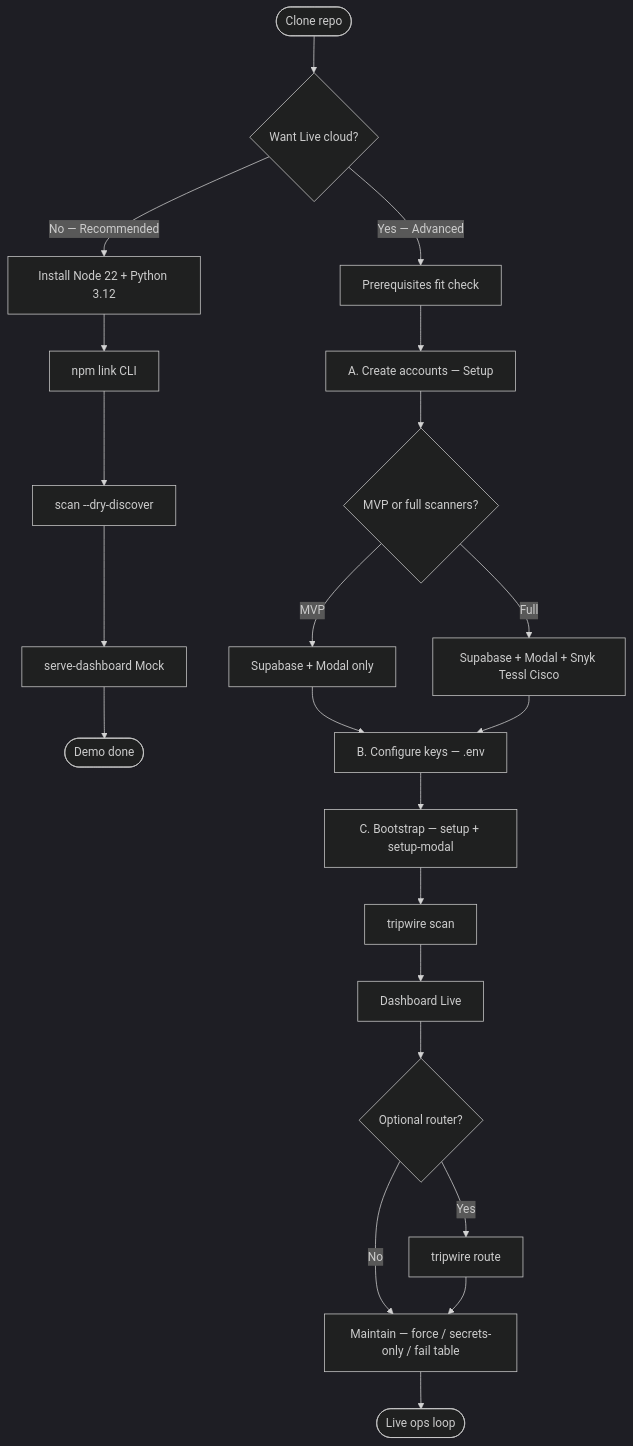
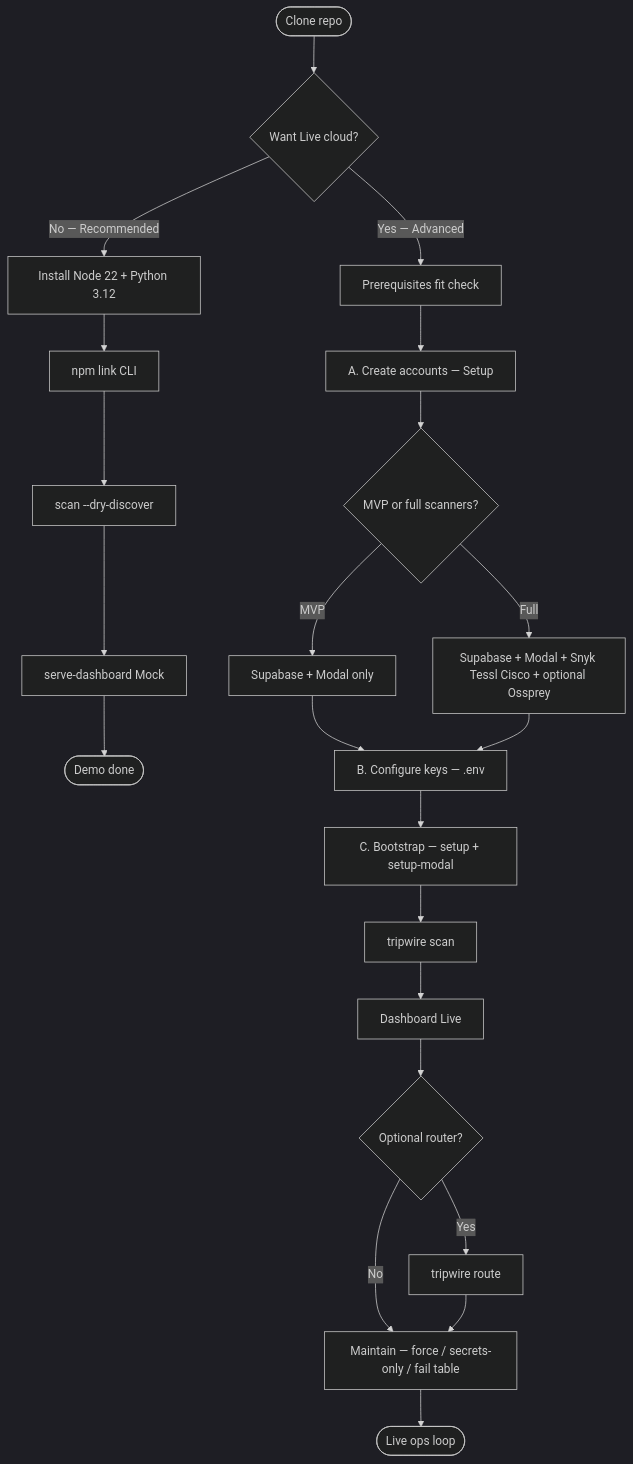
One commit to neomatrix369/tripwire changed the first of 6 diagrams in docs/ARCHITECTURE.md. Above: the diagram before and after it, drawn with Mermaid (dark theme). The commit also changed other lines of this file and 10 other files, not shown here.

````diff
--- a/docs/ARCHITECTURE.md
+++ b/docs/ARCHITECTURE.md
@@ -46,25 +49,25 @@
 ```mermaid
 flowchart TD
   start([Clone repo]) --> demo{Want Live cloud?}
   demo -->|No — Recommended| tools[Install Node 22 + Python 3.12]
   tools --> link[npm link CLI]
   link --> dry[scan --dry-discover]
   dry --> mock[serve-dashboard Mock]
   mock --> doneDemo([Demo done])
 
   demo -->|Yes — Advanced| fit[Prerequisites fit check]
   fit --> setupA[A. Create accounts — Setup]
   setupA --> mvp{MVP or full scanners?}
   mvp -->|MVP| acct2[Supabase + Modal only]
-  mvp -->|Full| acct5[Supabase + Modal + Snyk Tessl Cisco]
+  mvp -->|Full| acct5[Supabase + Modal + Snyk Tessl Cisco + optional Ossprey]
   acct2 --> keys[B. Configure keys — .env]
   acct5 --> keys
   keys --> boot[C. Bootstrap — setup + setup-modal]
   boot --> scan[tripwire scan]
   scan --> dash[Dashboard Live]
   dash --> opt{Optional router?}
   opt -->|Yes| route[tripwire route]
   opt -->|No| maintain
   route --> maintain[Maintain — force / secrets-only / fail table]
   maintain --> doneLive([Live ops loop])
 ```
````
